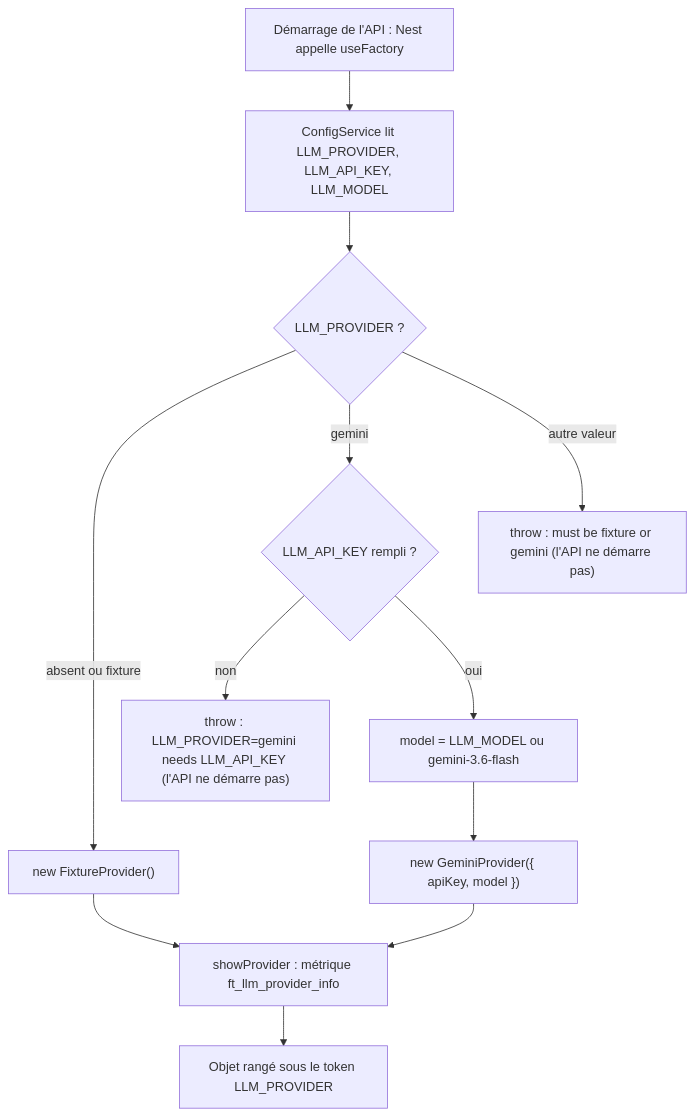
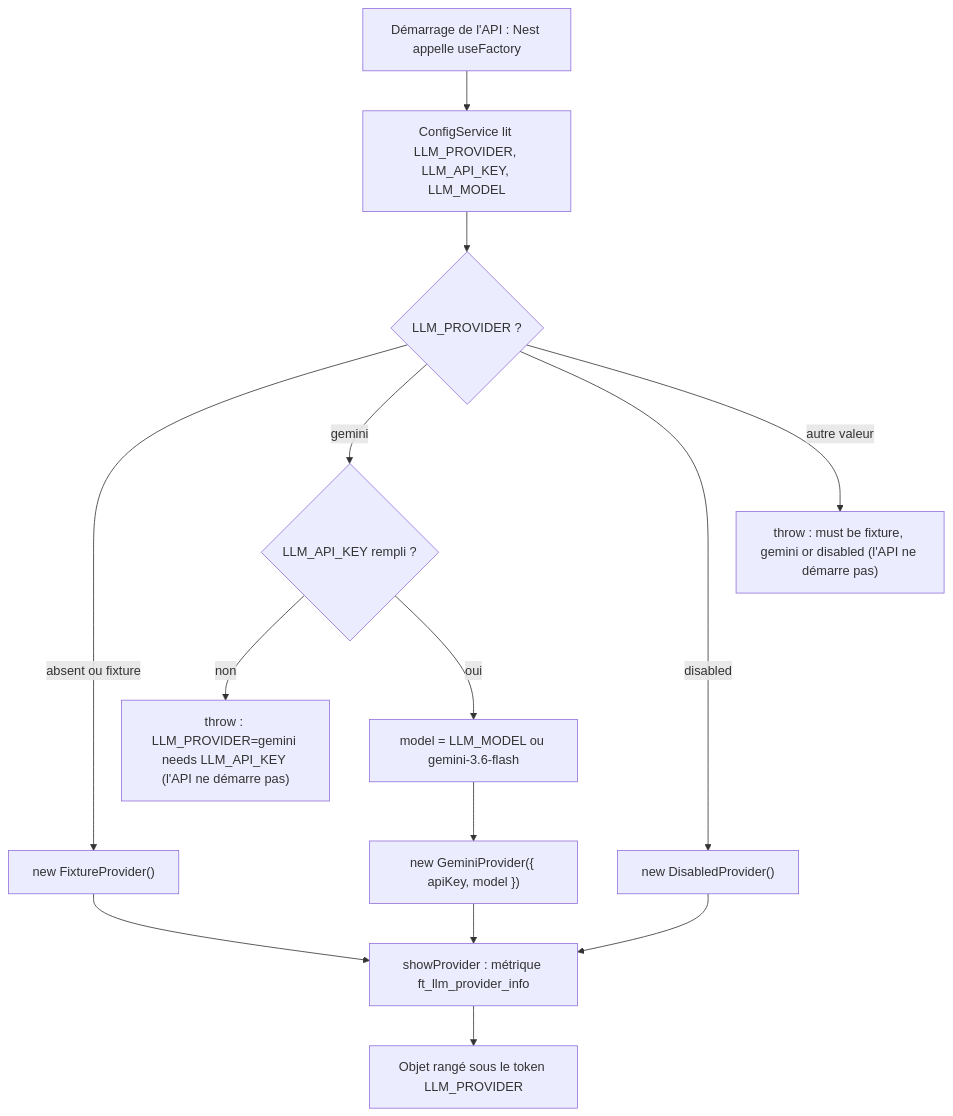
The second of 3 diagrams in docs/transcendence-course/endrit/llm-question-generation/providers.md (VictorBro/ft_transcendence), drawn with Mermaid before and after one commit. The commit also changed other lines of this file and 37 other files, not shown here.

````diff
--- a/docs/transcendence-course/endrit/llm-question-generation/providers.md
+++ b/docs/transcendence-course/endrit/llm-question-generation/providers.md
@@ -134,14 +150,16 @@
 ```mermaid
 flowchart TD
   Boot["Démarrage de l'API : Nest appelle useFactory"] --> Read["ConfigService lit LLM_PROVIDER, LLM_API_KEY, LLM_MODEL"]
   Read --> P{"LLM_PROVIDER ?"}
   P -->|"absent ou fixture"| Fx["new FixtureProvider()"]
   P -->|"gemini"| K{"LLM_API_KEY rempli ?"}
   K -->|"non"| Err1["throw : LLM_PROVIDER=gemini needs LLM_API_KEY (l'API ne démarre pas)"]
   K -->|"oui"| M["model = LLM_MODEL ou gemini-3.6-flash"]
   M --> Gm["new GeminiProvider({ apiKey, model })"]
-  P -->|"autre valeur"| Err2["throw : must be fixture or gemini (l'API ne démarre pas)"]
+  P -->|"disabled"| Ds["new DisabledProvider()"]
+  P -->|"autre valeur"| Err2["throw : must be fixture, gemini or disabled (l'API ne démarre pas)"]
   Fx --> Metric["showProvider : métrique ft_llm_provider_info"]
   Gm --> Metric
+  Ds --> Metric
   Metric --> Tok["Objet rangé sous le token LLM_PROVIDER"]
 ```
````
